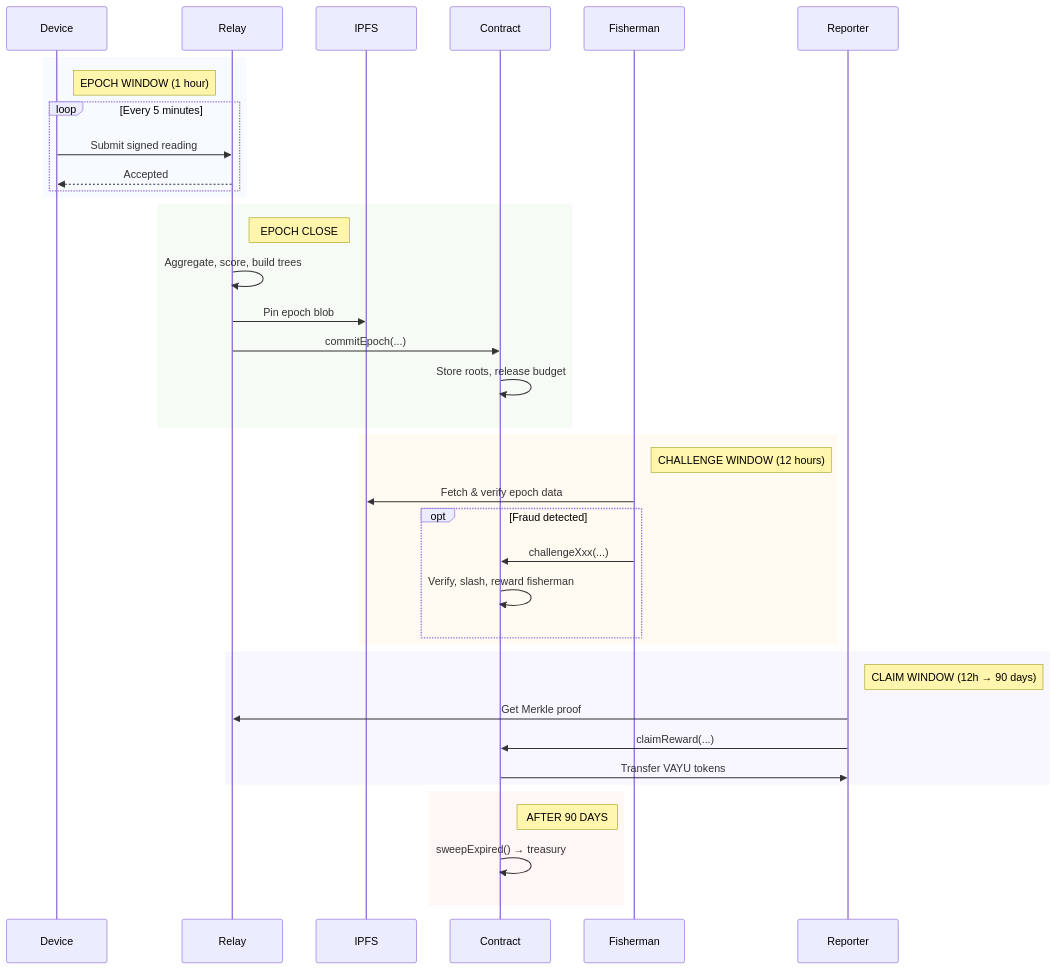
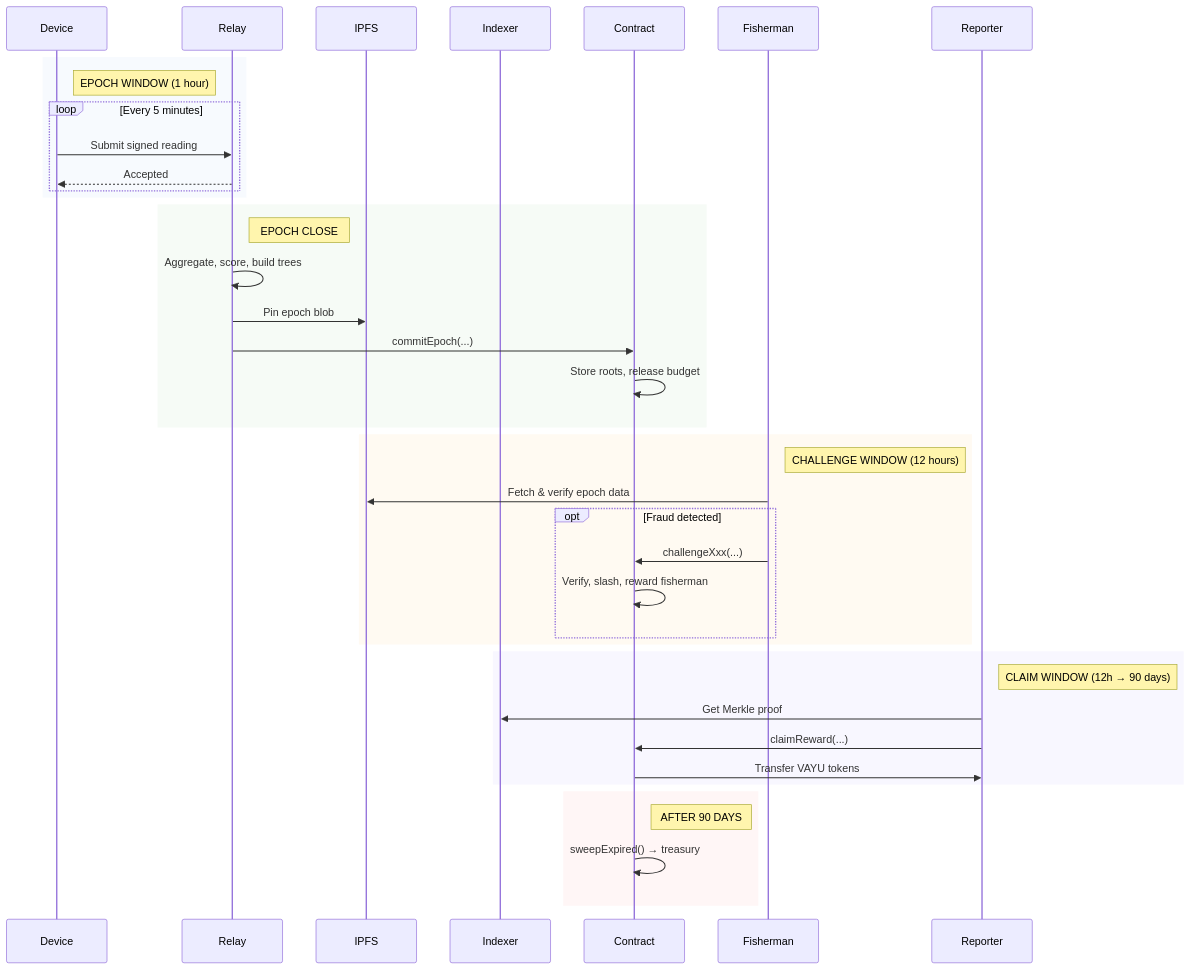
One commit to dev-vim/vayu-protocol-stack changed the ninth of 9 diagrams in docs/sequence-diagrams.md. Above: the diagram before and after it, drawn with Mermaid. The commit also changed other lines of this file and 10 other files, not shown here.

````diff
--- a/docs/sequence-diagrams.md
+++ b/docs/sequence-diagrams.md
@@ -347,46 +347,47 @@
 ```mermaid
 sequenceDiagram
     participant D as Device
     participant R as Relay
     participant IPFS
+    participant I as Indexer
     participant S as Contract
     participant F as Fisherman
     participant U as Reporter
 
     rect rgba(100, 149, 237, 0.05)
         Note right of D: EPOCH WINDOW (1 hour)
         loop Every 5 minutes
             D->>R: Submit signed reading
             R-->>D: Accepted
         end
     end
 
     rect rgba(76, 175, 80, 0.05)
         Note right of R: EPOCH CLOSE
         R->>R: Aggregate, score, build trees
         R->>IPFS: Pin epoch blob
         R->>S: commitEpoch(...)
         S->>S: Store roots, release budget
     end
 
     rect rgba(255, 152, 0, 0.05)
         Note right of F: CHALLENGE WINDOW (12 hours)
         F->>IPFS: Fetch & verify epoch data
         opt Fraud detected
             F->>S: challengeXxx(...)
             S->>S: Verify, slash, reward fisherman
         end
     end
 
     rect rgba(123, 104, 238, 0.05)
         Note right of U: CLAIM WINDOW (12h → 90 days)
-        U->>R: Get Merkle proof
+        U->>I: Get Merkle proof
         U->>S: claimReward(...)
         S->>U: Transfer VAYU tokens
     end
 
     rect rgba(239, 83, 80, 0.05)
         Note right of S: AFTER 90 DAYS
         S->>S: sweepExpired() → treasury
     end
 ```
````
